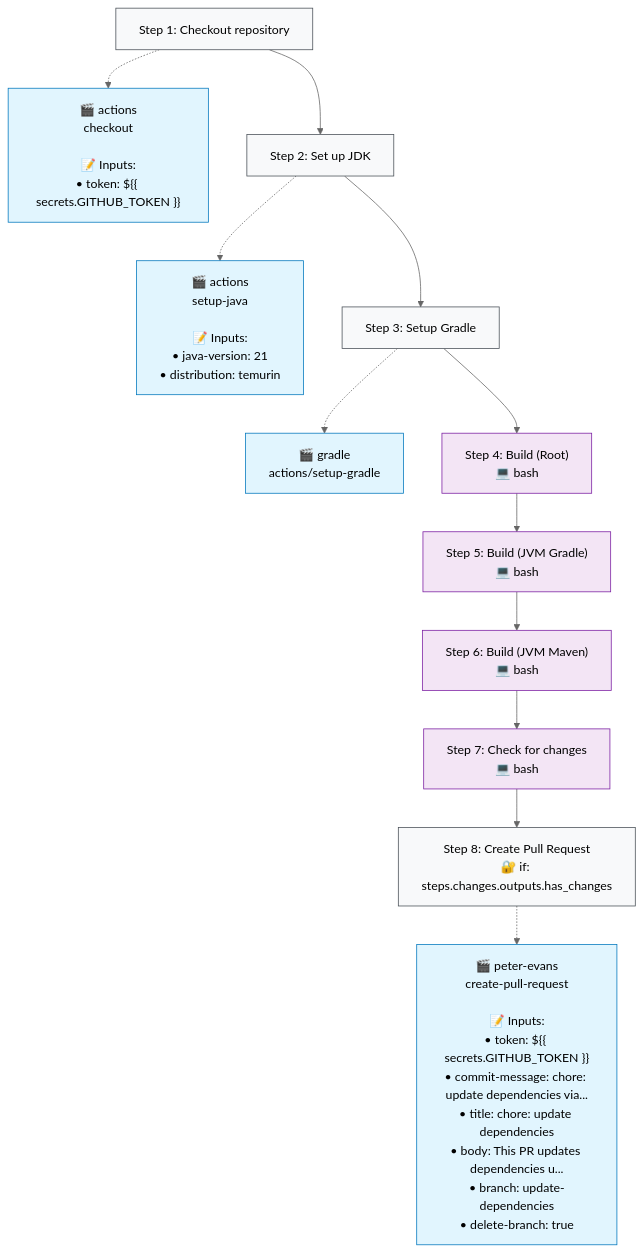
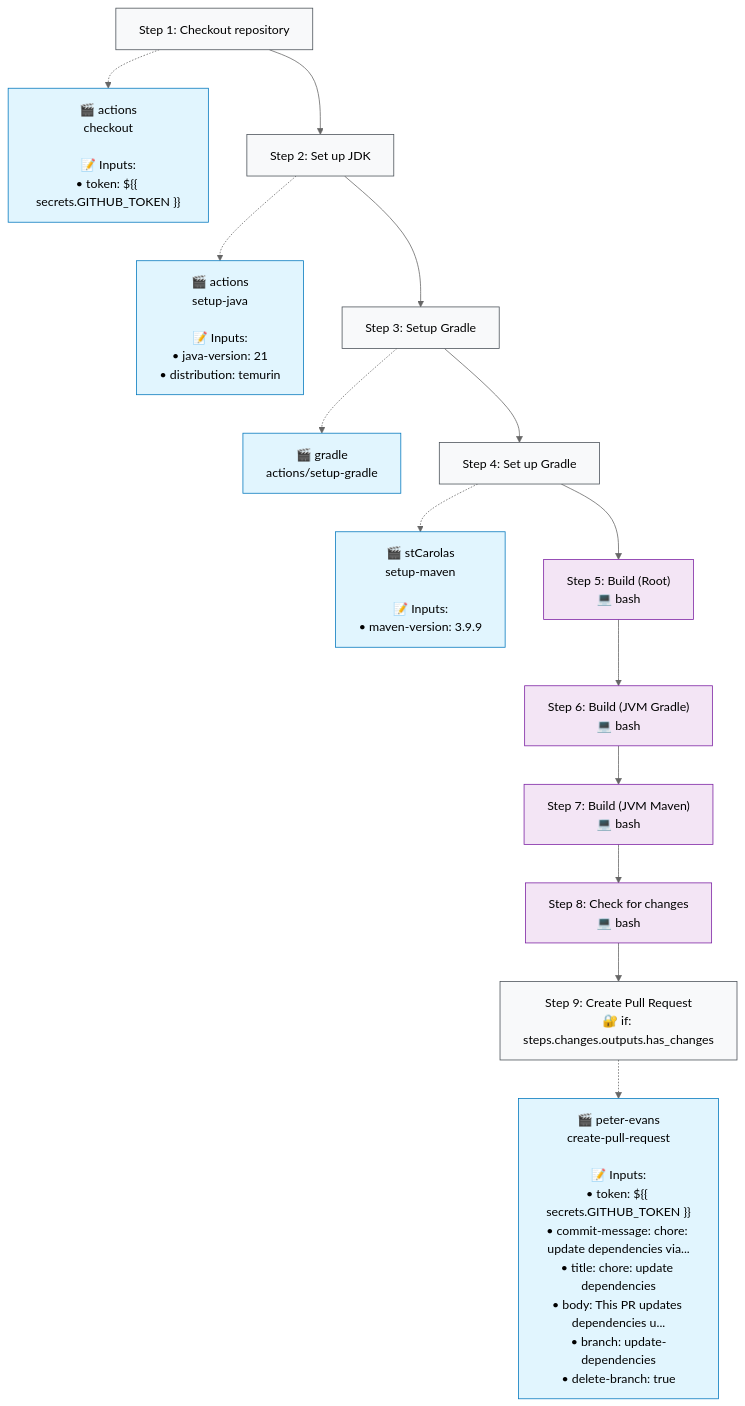
Before and after one commit to typeflows/typeflows: the second of 2 diagrams in .github/typeflows/update-dependencies/README.md, drawn with Mermaid (neutral theme). The commit also changed 2 other files, not shown here.

Commit message:
Install maven in dependencies job

````diff
--- a/.github/typeflows/update-dependencies/README.md
+++ b/.github/typeflows/update-dependencies/README.md
@@ -23,39 +23,45 @@
 ```mermaid
 %%{init: {"flowchart": {"curve": "basis"}}}%%
 flowchart TD
     step1["Step 1: Checkout repository"]
     style step1 fill:#f8f9fa,stroke:#495057
     action1["🎬 actions<br/>checkout<br/><br/>📝 Inputs:<br/>• token: ${{ secrets.GITHUB_TOKEN }}"]
     style action1 fill:#e1f5fe,stroke:#0277bd
     step1 -.-> action1
     step2["Step 2: Set up JDK"]
     style step2 fill:#f8f9fa,stroke:#495057
     action2["🎬 actions<br/>setup-java<br/><br/>📝 Inputs:<br/>• java-version: 21<br/>• distribution: temurin"]
     style action2 fill:#e1f5fe,stroke:#0277bd
     step2 -.-> action2
     step1 --> step2
     step3["Step 3: Setup Gradle"]
     style step3 fill:#f8f9fa,stroke:#495057
     action3["🎬 gradle<br/>actions/setup-gradle"]
     style action3 fill:#e1f5fe,stroke:#0277bd
     step3 -.-> action3
     step2 --> step3
-    step4["Step 4: Build (Root)<br/>💻 bash"]
-    style step4 fill:#f3e5f5,stroke:#7b1fa2
+    step4["Step 4: Set up Gradle"]
+    style step4 fill:#f8f9fa,stroke:#495057
+    action4["🎬 stCarolas<br/>setup-maven<br/><br/>📝 Inputs:<br/>• maven-version: 3.9.9"]
+    style action4 fill:#e1f5fe,stroke:#0277bd
+    step4 -.-> action4
     step3 --> step4
-    step5["Step 5: Build (JVM Gradle)<br/>💻 bash"]
+    step5["Step 5: Build (Root)<br/>💻 bash"]
     style step5 fill:#f3e5f5,stroke:#7b1fa2
     step4 --> step5
-    step6["Step 6: Build (JVM Maven)<br/>💻 bash"]
+    step6["Step 6: Build (JVM Gradle)<br/>💻 bash"]
     style step6 fill:#f3e5f5,stroke:#7b1fa2
     step5 --> step6
-    step7["Step 7: Check for changes<br/>💻 bash"]
+    step7["Step 7: Build (JVM Maven)<br/>💻 bash"]
     style step7 fill:#f3e5f5,stroke:#7b1fa2
     step6 --> step7
-    step8["Step 8: Create Pull Request<br/>🔐 if: steps.changes.outputs.has_changes"]
-    style step8 fill:#f8f9fa,stroke:#495057
-    action8["🎬 peter-evans<br/>create-pull-request<br/><br/>📝 Inputs:<br/>• token: ${{ secrets.GITHUB_TOKEN }}<br/>• commit-message: chore: update dependencies via...<br/>• title: chore: update dependencies<br/>• body: This PR updates dependencies u...<br/>• branch: update-dependencies<br/>• delete-branch: true"]
-    style action8 fill:#e1f5fe,stroke:#0277bd
-    step8 -.-> action8
+    step8["Step 8: Check for changes<br/>💻 bash"]
+    style step8 fill:#f3e5f5,stroke:#7b1fa2
     step7 --> step8
+    step9["Step 9: Create Pull Request<br/>🔐 if: steps.changes.outputs.has_changes"]
+    style step9 fill:#f8f9fa,stroke:#495057
+    action9["🎬 peter-evans<br/>create-pull-request<br/><br/>📝 Inputs:<br/>• token: ${{ secrets.GITHUB_TOKEN }}<br/>• commit-message: chore: update dependencies via...<br/>• title: chore: update dependencies<br/>• body: This PR updates dependencies u...<br/>• branch: update-dependencies<br/>• delete-branch: true"]
+    style action9 fill:#e1f5fe,stroke:#0277bd
+    step9 -.-> action9
+    step8 --> step9
 ```
````
